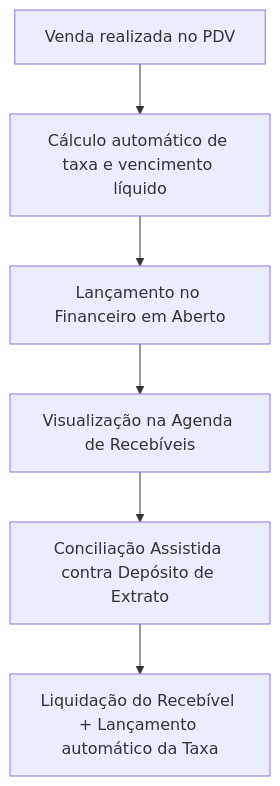
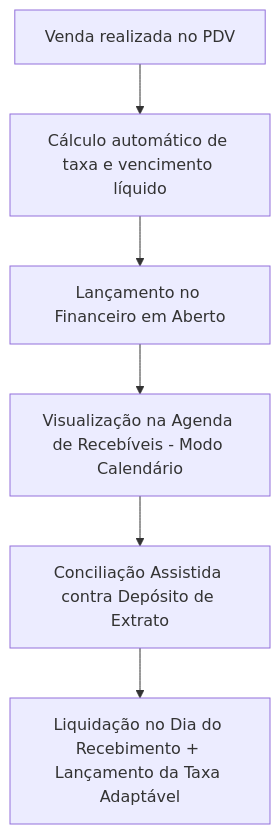
One commit to valfredodefarias/KyrusTech changed the diagram in docs/MANUAL_CONCILIACAO_CARTOES.md. Above: the diagram before and after it, drawn with Mermaid. The commit also changed other lines of this file and 1 other file, not shown here.

````diff
--- a/docs/MANUAL_CONCILIACAO_CARTOES.md
+++ b/docs/MANUAL_CONCILIACAO_CARTOES.md
@@ -14,8 +14,8 @@
 ```mermaid
 graph TD
     A[Venda realizada no PDV] --> B[Cálculo automático de taxa e vencimento líquido]
     B --> C[Lançamento no Financeiro em Aberto]
-    C --> D[Visualização na Agenda de Recebíveis]
+    C --> D[Visualização na Agenda de Recebíveis - Modo Calendário]
     D --> E[Conciliação Assistida contra Depósito de Extrato]
-    E --> F[Liquidação do Recebível + Lançamento automático da Taxa]
+    E --> F[Liquidação no Dia do Recebimento + Lançamento da Taxa Adaptável]
 ```
````
